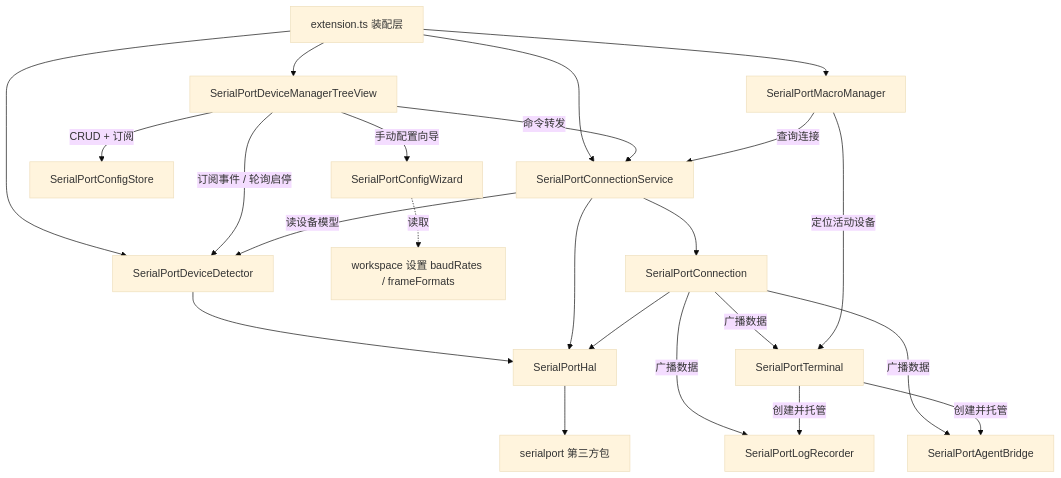
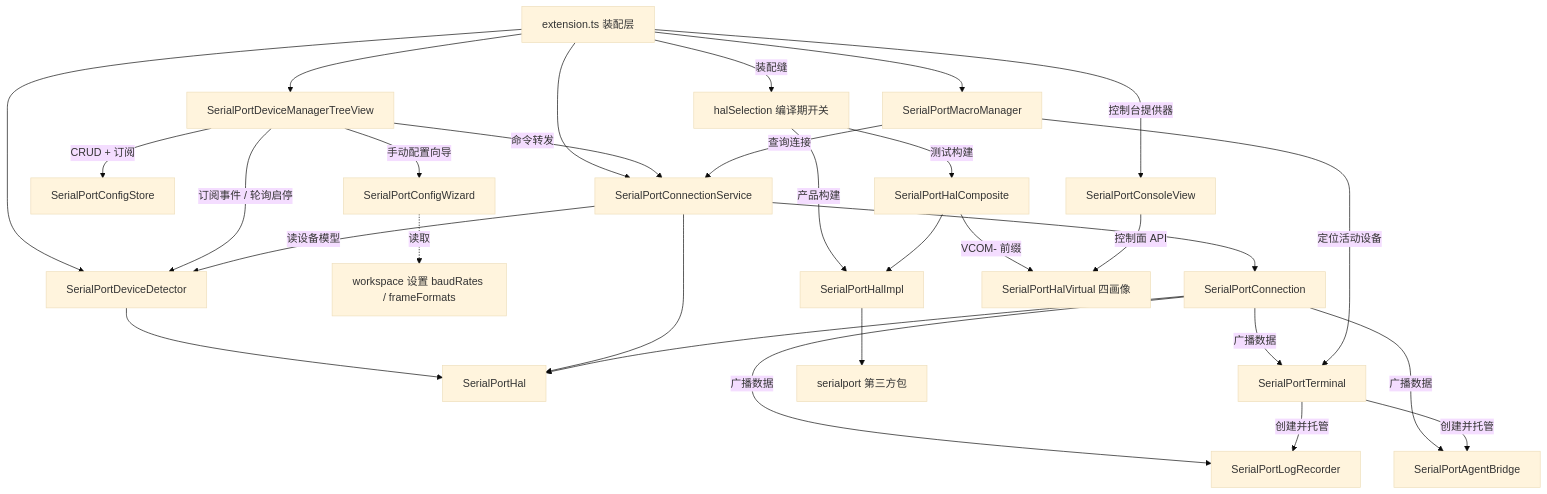
The first of 5 diagrams in doc/总体架构.md (ziqiang-zhu/vscode-serial-port-terminal), drawn with Mermaid (base theme) before and after one commit. The commit also changed other lines of this file and 14 other files, not shown here.

````diff
--- a/doc/总体架构.md
+++ b/doc/总体架构.md
@@ -12,25 +12,32 @@
 ```mermaid
 graph TD
     UI[extension.ts 装配层] --> View[SerialPortDeviceManagerTreeView]
     UI --> Detector[SerialPortDeviceDetector]
     UI --> ConnectionService[SerialPortConnectionService]
     UI --> MacroSender[SerialPortMacroManager]
+    UI -->|装配缝| HalSel[halSelection 编译期开关]
     View -->|命令转发| ConnectionService
     View -->|订阅事件 / 轮询启停| Detector
     View -->|CRUD + 订阅| ConfigStore[SerialPortConfigStore]
     View -->|手动配置向导| Wizard[SerialPortConfigWizard]
     Wizard -.->|读取| Settings[workspace 设置 baudRates / frameFormats]
     ConnectionService -->|读设备模型| Detector
     ConnectionService --> Connection[SerialPortConnection]
     Detector --> HAL[SerialPortHal]
     ConnectionService --> HAL
     Connection --> HAL
     Connection -->|广播数据| Terminal[SerialPortTerminal]
     Connection -->|广播数据| LogRecorder[SerialPortLogRecorder]
     Connection -->|广播数据| AgentBridge[SerialPortAgentBridge]
     Terminal -->|创建并托管| LogRecorder
     Terminal -->|创建并托管| AgentBridge
     MacroSender -->|查询连接| ConnectionService
     MacroSender -->|定位活动设备| Terminal
-    HAL --> SP[serialport 第三方包]
+    HalSel -->|产品构建| RealHAL[SerialPortHalImpl]
+    HalSel -->|测试构建| Composite[SerialPortHalComposite]
+    Composite --> RealHAL
+    Composite -->|VCOM- 前缀| Virtual[SerialPortHalVirtual 四画像]
+    UI -->|控制台提供器| ConsoleView[SerialPortConsoleView]
+    ConsoleView -->|控制面 API| Virtual
+    RealHAL --> SP[serialport 第三方包]
 ```
````
